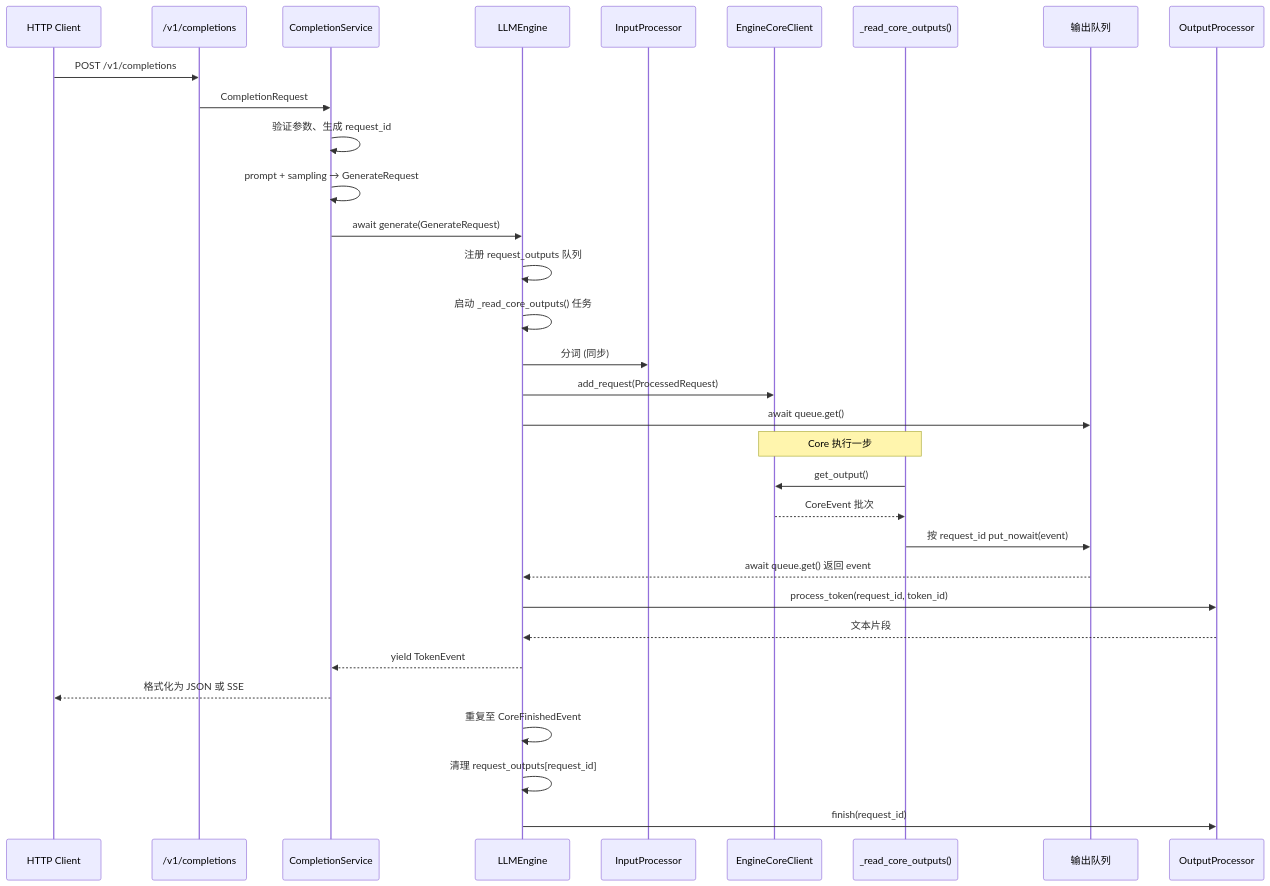
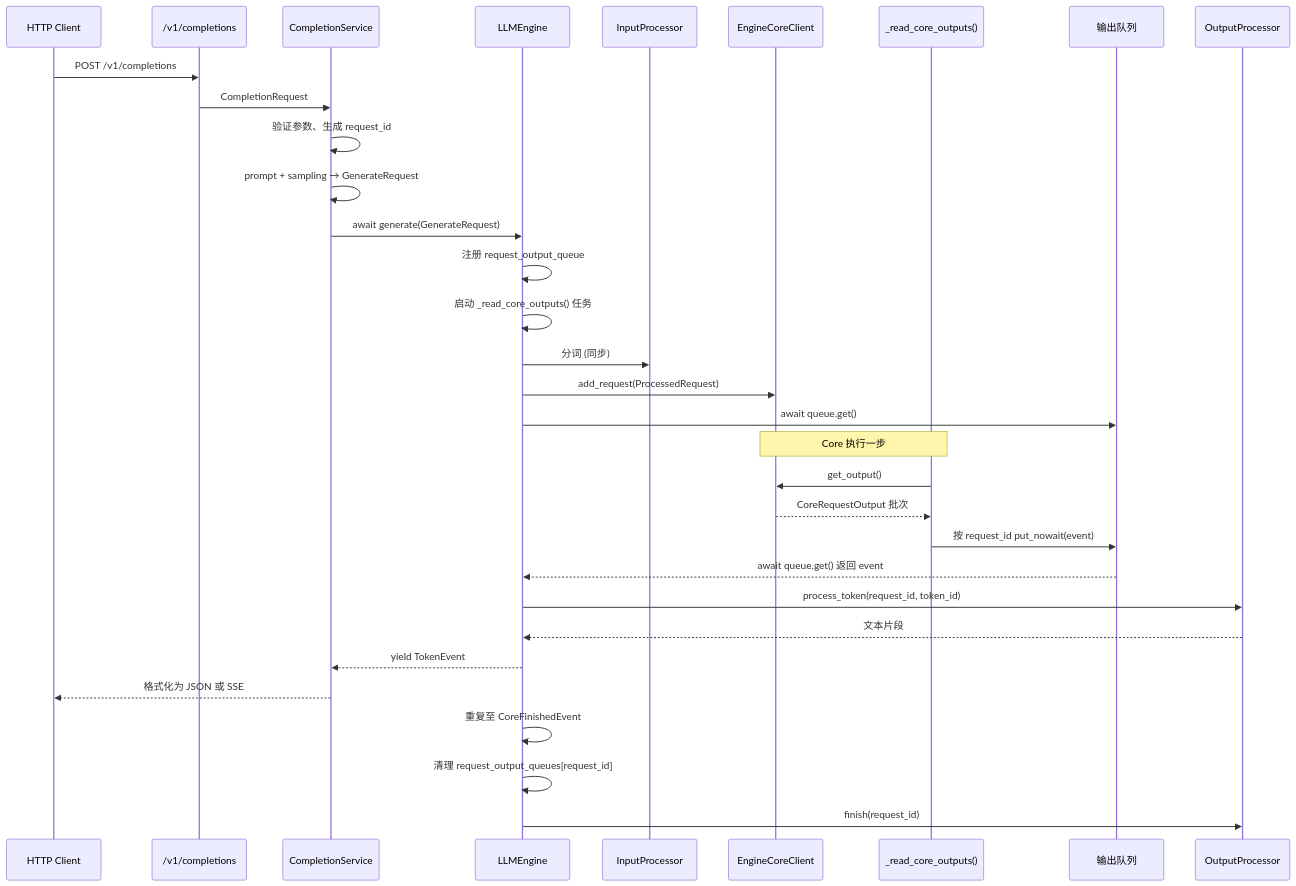
Before and after one commit to WangSu-X/xTokens: the first of 2 diagrams in docs/design/S1-api_server.md, drawn with Mermaid. The commit also changed other lines of this file and 65 other files, not shown here.

````diff
--- a/docs/design/S1-api_server.md
+++ b/docs/design/S1-api_server.md
@@ -74,39 +74,39 @@
 ```mermaid
 sequenceDiagram
     participant Client as HTTP Client
     participant Route as /v1/completions
     participant Service as CompletionService
     participant Engine as LLMEngine
     participant InputProc as InputProcessor
     participant CoreClient as EngineCoreClient
     participant OutputTask as _read_core_outputs()
     participant CoreOutput as 输出队列
     participant OutputProc as OutputProcessor
     
     Client->>Route: POST /v1/completions
     Route->>Service: CompletionRequest
     Service->>Service: 验证参数、生成 request_id
     Service->>Service: prompt + sampling → GenerateRequest
     Service->>Engine: await generate(GenerateRequest)
-    Engine->>Engine: 注册 request_outputs 队列
+    Engine->>Engine: 注册 request_output_queue
     Engine->>Engine: 启动 _read_core_outputs() 任务
     Engine->>InputProc: 分词 (同步)
     Engine->>CoreClient: add_request(ProcessedRequest)
     Engine->>CoreOutput: await queue.get()
     
     Note over CoreClient,OutputTask: Core 执行一步
     
     OutputTask->>CoreClient: get_output()
-    CoreClient-->>OutputTask: CoreEvent 批次
+    CoreClient-->>OutputTask: CoreRequestOutput 批次
     OutputTask->>CoreOutput: 按 request_id put_nowait(event)
     
     CoreOutput-->>Engine: await queue.get() 返回 event
     Engine->>OutputProc: process_token(request_id, token_id)
     OutputProc-->>Engine: 文本片段
     Engine-->>Service: yield TokenEvent
     Service-->>Client: 格式化为 JSON 或 SSE
     
     Engine->>Engine: 重复至 CoreFinishedEvent
-    Engine->>Engine: 清理 request_outputs[request_id]
+    Engine->>Engine: 清理 request_output_queues[request_id]
     Engine->>OutputProc: finish(request_id)
 ```
````
